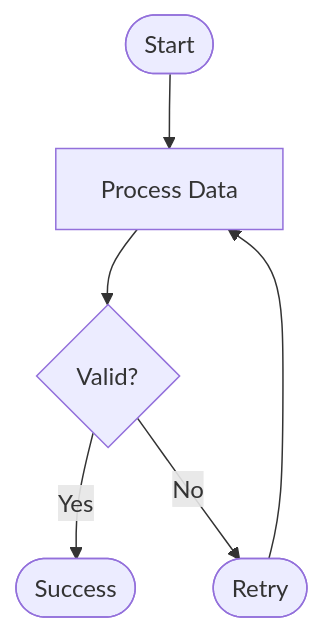
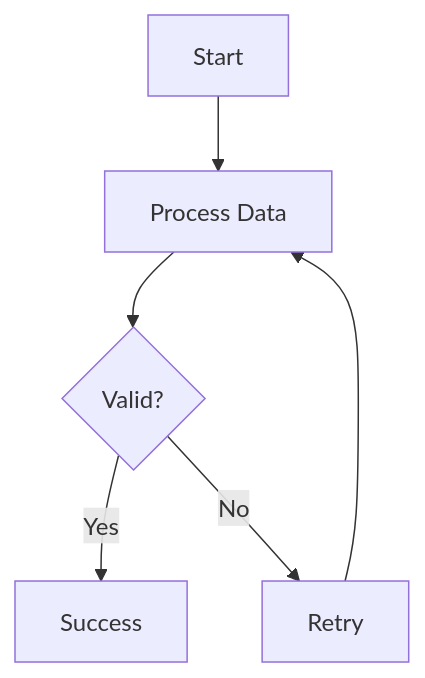
Before and after one commit to slidr-cli/slidr: the second of 6 diagrams in examples/mermaid_demo.md, drawn with Mermaid. The commit also changed other lines of this file and 2 other files, not shown here.

Commit message:
fix(mermaid): use mmdc Python API, fix width=100% issue, replace broken diagram types

````diff
--- a/examples/mermaid_demo.md
+++ b/examples/mermaid_demo.md
@@ -27,8 +27,8 @@
 ```mermaid
-flowchart TD
-    Start([Start]) --> Process[Process Data]
+graph TD
+    Start[Start] --> Process[Process Data]
     Process --> Decision{Valid?}
-    Decision -->|Yes| Success([Success])
-    Decision -->|No| Retry([Retry])
+    Decision -->|Yes| Success[Success]
+    Decision -->|No| Retry[Retry]
     Retry --> Process
 ```
````
